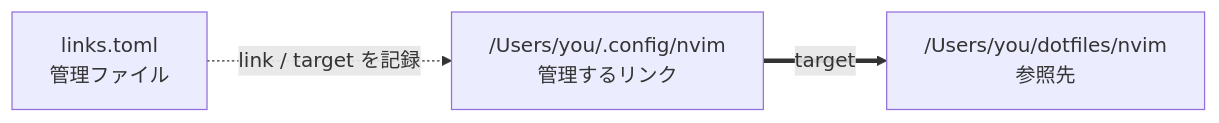
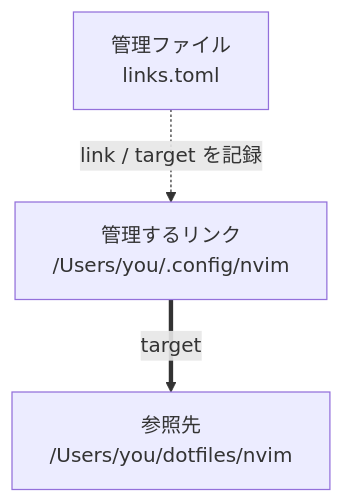
One commit to kkensuke/slink changed the diagram in README.ja.md. Above: the diagram before and after it, drawn with Mermaid.

Commit message:
Make the quick-start diagram easier to scan

````diff
--- a/README.ja.md
+++ b/README.ja.md
@@ -31,5 +31,9 @@
 ```mermaid
-flowchart LR
-    L["/Users/you/.config/nvim\n管理するリンク"] == "target" ==> T["/Users/you/dotfiles/nvim\n参照先"]
-    R["links.toml\n管理ファイル"] -. "link / target を記録" .-> L
+flowchart TB
+    R["管理ファイル<br/>links.toml"]
+    L["管理するリンク<br/>/Users/you/.config/nvim"]
+    T["参照先<br/>/Users/you/dotfiles/nvim"]
+
+    R -. "link / target を記録" .-> L
+    L == "target" ==> T
 ```
````
